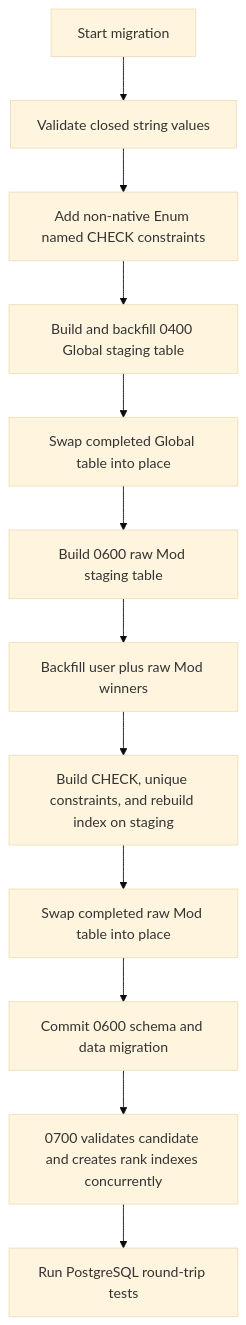
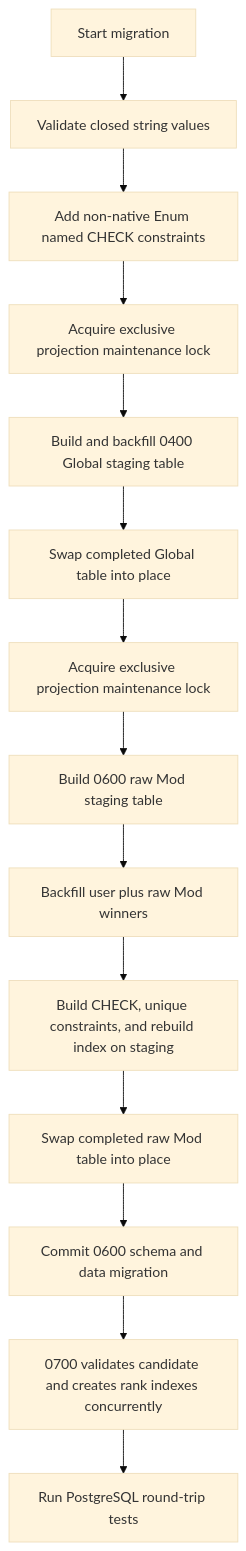
Before and after one commit to Reticulmz/athena: the sixth of 6 diagrams in .kiro/specs/beatmap-leaderboards/design.md, drawn with Mermaid (base theme). The commit also changed other lines of this file and 5 other files, not shown here.

````diff
--- a/.kiro/specs/beatmap-leaderboards/design.md
+++ b/.kiro/specs/beatmap-leaderboards/design.md
@@ -915,14 +916,16 @@
 ```mermaid
 graph TB
     Start[Start migration] --> ValidateClosedValues[Validate closed string values]
     ValidateClosedValues --> AddChecks[Add non-native Enum named CHECK constraints]
-    AddChecks --> BuildGlobalStaging[Build and backfill 0400 Global staging table]
+    AddChecks --> LockGlobalWrites[Acquire exclusive projection maintenance lock]
+    LockGlobalWrites --> BuildGlobalStaging[Build and backfill 0400 Global staging table]
     BuildGlobalStaging --> SwapGlobal[Swap completed Global table into place]
-    SwapGlobal --> BuildModStaging[Build 0600 raw Mod staging table]
+    SwapGlobal --> LockModWrites[Acquire exclusive projection maintenance lock]
+    LockModWrites --> BuildModStaging[Build 0600 raw Mod staging table]
     BuildModStaging --> RebuildProjection[Backfill user plus raw Mod winners]
     RebuildProjection --> ConstrainMods[Build CHECK, unique constraints, and rebuild index on staging]
     ConstrainMods --> SwapMod[Swap completed raw Mod table into place]
     SwapMod --> CommitProjection[Commit 0600 schema and data migration]
     CommitProjection --> AddIndexes[0700 validates candidate and creates rank indexes concurrently]
     AddIndexes --> Verify[Run PostgreSQL round-trip tests]
 ```
````
